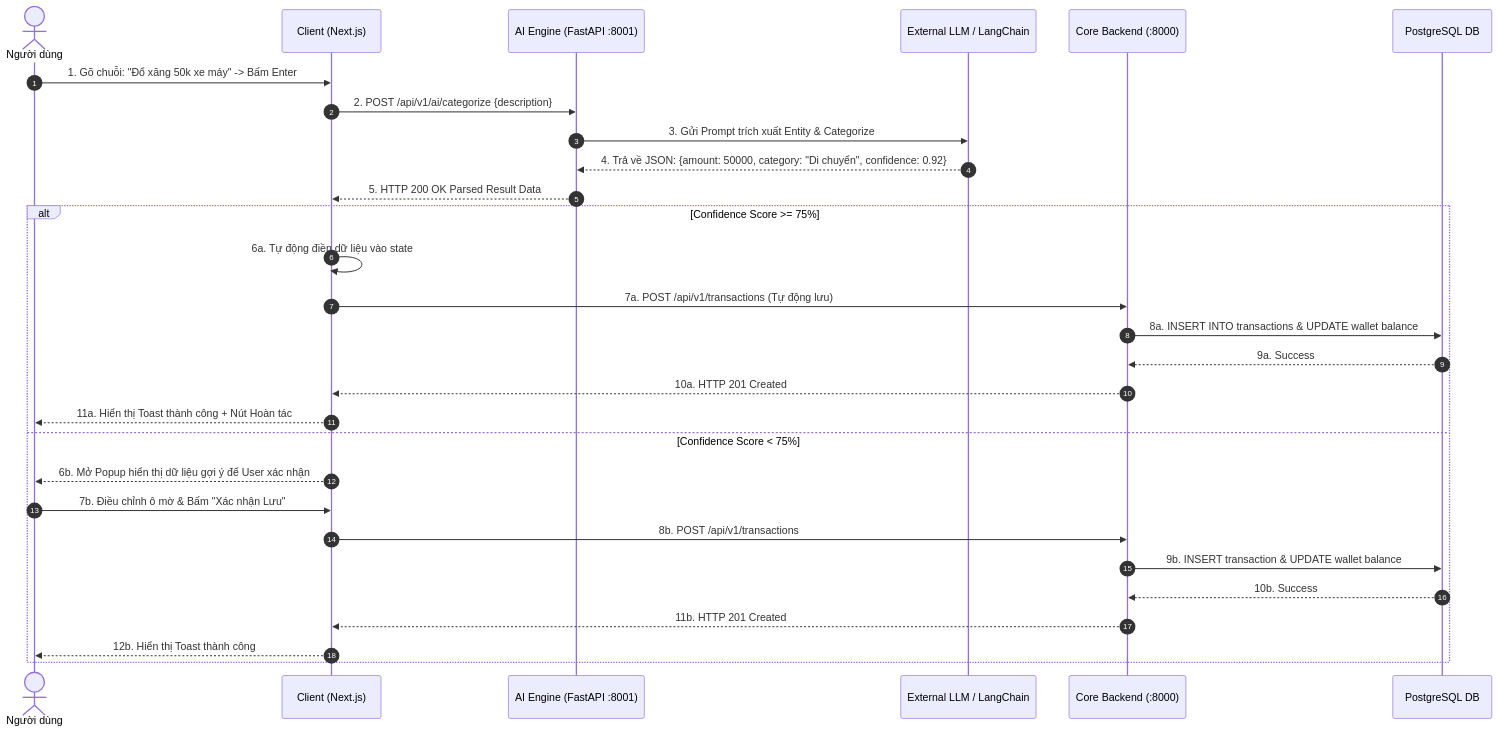
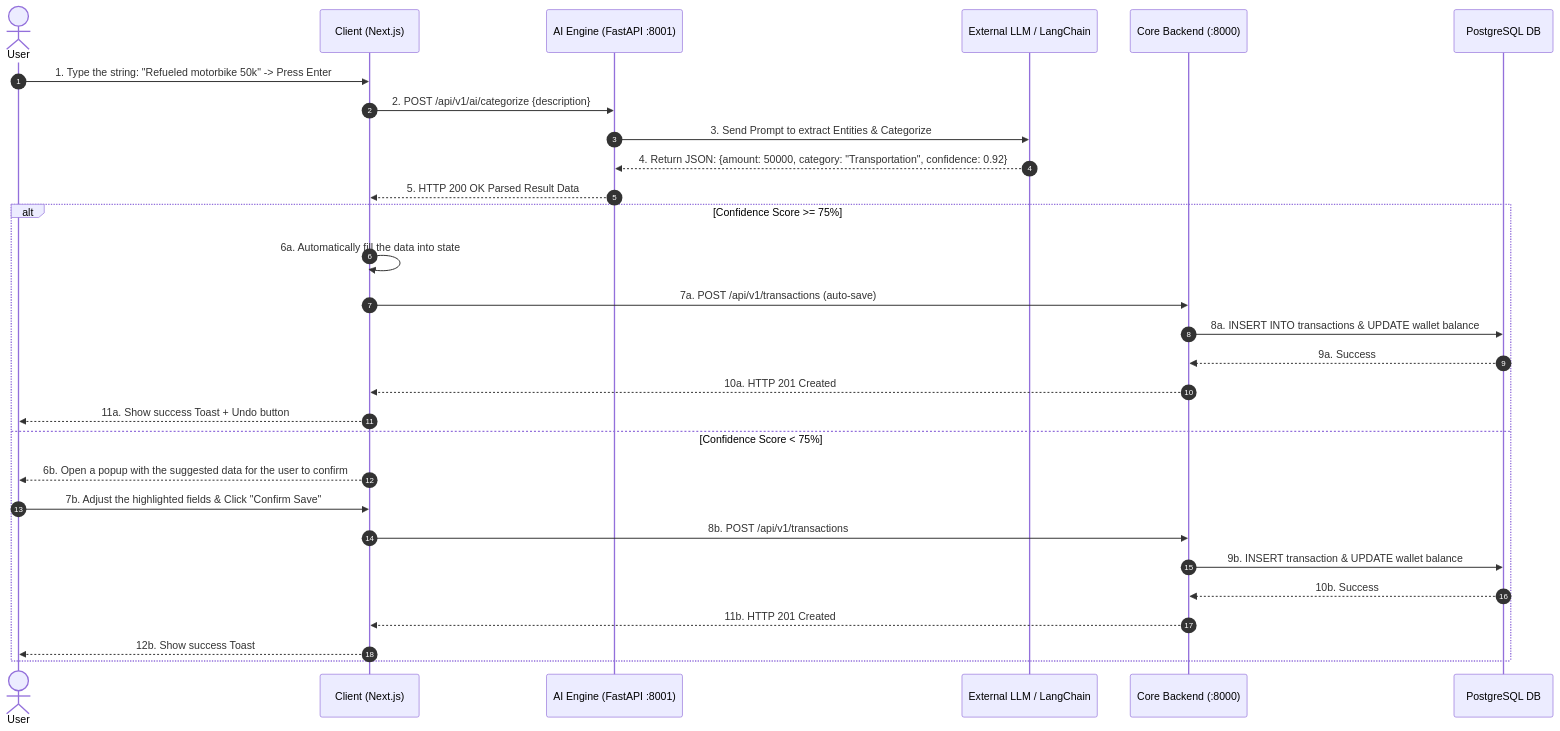
One commit to pie-12/budgetly changed the second of 4 diagrams in docs/architecture/SEQUENCE_DIAGRAMS.md. Above: the diagram before and after it, drawn with Mermaid. The commit also changed other lines of this file and 10 other files, not shown here.

````diff
--- a/docs/architecture/SEQUENCE_DIAGRAMS.md
+++ b/docs/architecture/SEQUENCE_DIAGRAMS.md
@@ -41,34 +41,34 @@
 ```mermaid
 sequenceDiagram
     autonumber
-    actor User as Người dùng
+    actor User as User
     participant Client as Client (Next.js)
     participant AI as AI Engine (FastAPI :8001)
     participant LLM as External LLM / LangChain
     participant Core as Core Backend (:8000)
     participant DB as PostgreSQL DB
 
-    User->>Client: 1. Gõ chuỗi: "Đổ xăng 50k xe máy" -> Bấm Enter
+    User->>Client: 1. Type the string: "Refueled motorbike 50k" -> Press Enter
     Client->>AI: 2. POST /api/v1/ai/categorize {description}
-    AI->>LLM: 3. Gửi Prompt trích xuất Entity & Categorize
-    LLM-->>AI: 4. Trả về JSON: {amount: 50000, category: "Di chuyển", confidence: 0.92}
+    AI->>LLM: 3. Send Prompt to extract Entities & Categorize
+    LLM-->>AI: 4. Return JSON: {amount: 50000, category: "Transportation", confidence: 0.92}
     
     AI-->>Client: 5. HTTP 200 OK Parsed Result Data
     
     alt Confidence Score >= 75%
-        Client->>Client: 6a. Tự động điền dữ liệu vào state
-        Client->>Core: 7a. POST /api/v1/transactions (Tự động lưu)
+        Client->>Client: 6a. Automatically fill the data into state
+        Client->>Core: 7a. POST /api/v1/transactions (auto-save)
         Core->>DB: 8a. INSERT INTO transactions & UPDATE wallet balance
         DB-->>Core: 9a. Success
         Core-->>Client: 10a. HTTP 201 Created
-        Client-->>User: 11a. Hiển thị Toast thành công + Nút Hoàn tác
+        Client-->>User: 11a. Show success Toast + Undo button
     else Confidence Score < 75%
-        Client-->>User: 6b. Mở Popup hiển thị dữ liệu gợi ý để User xác nhận
-        User->>Client: 7b. Điều chỉnh ô mờ & Bấm "Xác nhận Lưu"
+        Client-->>User: 6b. Open a popup with the suggested data for the user to confirm
+        User->>Client: 7b. Adjust the highlighted fields & Click "Confirm Save"
         Client->>Core: 8b. POST /api/v1/transactions
         Core->>DB: 9b. INSERT transaction & UPDATE wallet balance
         DB-->>Core: 10b. Success
         Core-->>Client: 11b. HTTP 201 Created
-        Client-->>User: 12b. Hiển thị Toast thành công
+        Client-->>User: 12b. Show success Toast
     end
 ```
````
